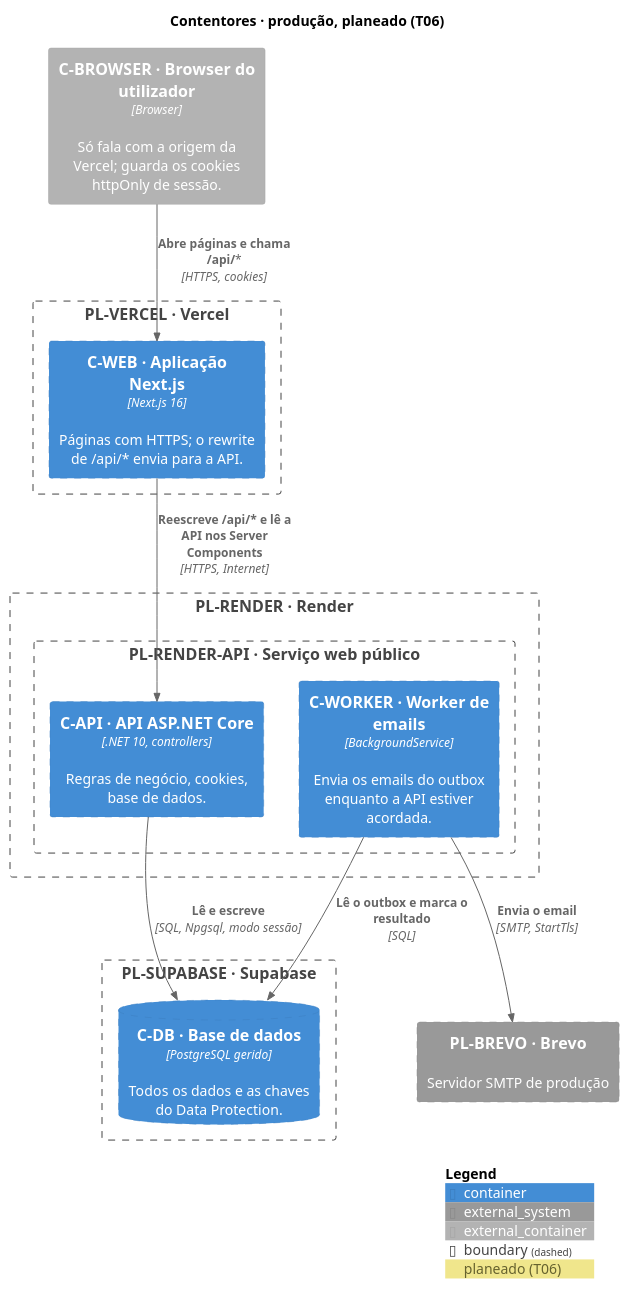
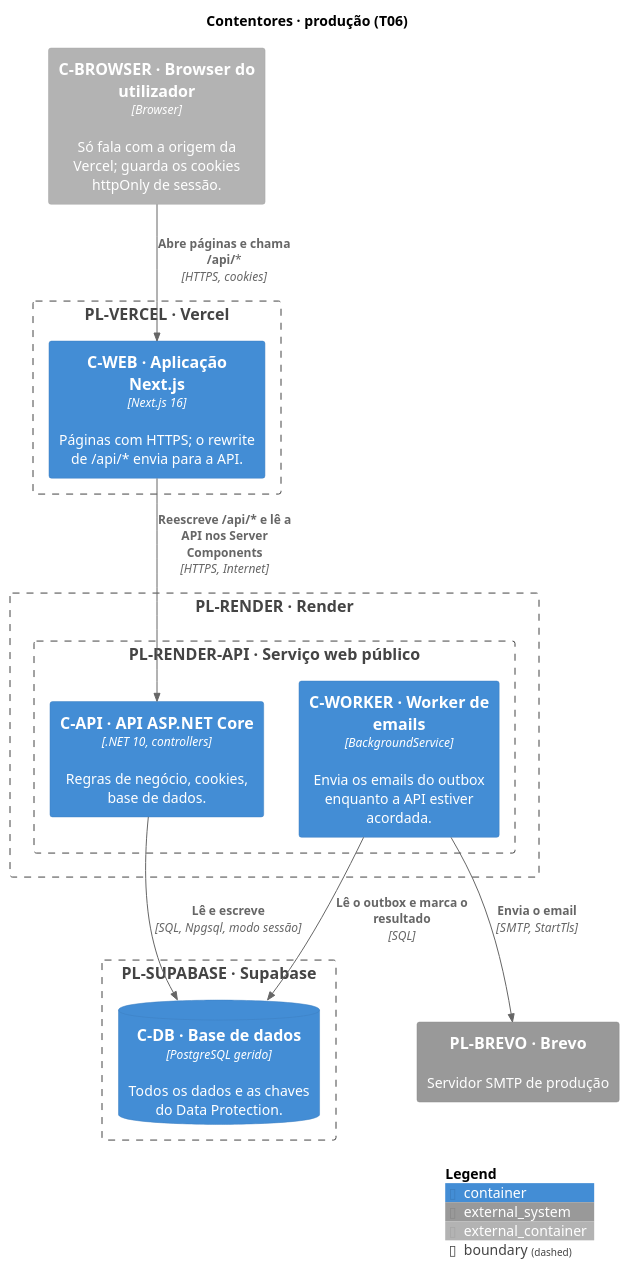
Before and after one commit to rodrigo4sousa/SportsEstablishments: the diagram in docs/architecture/diagrams/02-containers-prod.puml, drawn with PlantUML. The commit also changed 19 other files, not shown here.

```diff
--- a/docs/architecture/diagrams/02-containers-prod.puml
+++ b/docs/architecture/diagrams/02-containers-prod.puml
@@ -2,36 +2,35 @@
 @startuml 02-containers-prod
 !include <C4/C4_Container>
 
-title Contentores · produção, planeado (T06)
+title Contentores · produção (T06)
 
 LAYOUT_TOP_DOWN()
 HIDE_STEREOTYPE()
-AddElementTag("planeado", $borderStyle=DashedLine(), $legendText="planeado (T06)")
 
 Container_Ext(C_BROWSER, "C-BROWSER · Browser do utilizador", "Browser", "Só fala com a origem da Vercel; guarda os cookies httpOnly de sessão.")
 
-Boundary(PL_VERCEL, "PL-VERCEL · Vercel", "", "planeado") {
-  Container(C_WEB, "C-WEB · Aplicação Next.js", "Next.js 16", "Páginas com HTTPS; o rewrite de /api/* envia para a API.", $tags="planeado")
+Boundary(PL_VERCEL, "PL-VERCEL · Vercel") {
+  Container(C_WEB, "C-WEB · Aplicação Next.js", "Next.js 16", "Páginas com HTTPS; o rewrite de /api/* envia para a API.")
 }
 
-Boundary(PL_RENDER, "PL-RENDER · Render", "", "planeado") {
-  Boundary(PL_RENDER_API, "PL-RENDER-API · Serviço web público", "", "planeado") {
-    Container(C_API, "C-API · API ASP.NET Core", ".NET 10, controllers", "Regras de negócio, cookies, base de dados.", $tags="planeado")
-    Container(C_WORKER, "C-WORKER · Worker de emails", "BackgroundService", "Envia os emails do outbox enquanto a API estiver acordada.", $tags="planeado")
+Boundary(PL_RENDER, "PL-RENDER · Render") {
+  Boundary(PL_RENDER_API, "PL-RENDER-API · Serviço web público") {
+    Container(C_API, "C-API · API ASP.NET Core", ".NET 10, controllers", "Regras de negócio, cookies, base de dados.")
+    Container(C_WORKER, "C-WORKER · Worker de emails", "BackgroundService", "Envia os emails do outbox enquanto a API estiver acordada.")
   }
 }
 
-Boundary(PL_SUPABASE, "PL-SUPABASE · Supabase", "", "planeado") {
-  ContainerDb(C_DB, "C-DB · Base de dados", "PostgreSQL gerido", "Todos os dados e as chaves do Data Protection.", $tags="planeado")
+Boundary(PL_SUPABASE, "PL-SUPABASE · Supabase") {
+  ContainerDb(C_DB, "C-DB · Base de dados", "PostgreSQL gerido", "Todos os dados e as chaves do Data Protection.")
 }
 
-System_Ext(PL_BREVO, "PL-BREVO · Brevo", "Servidor SMTP de produção", $tags="planeado")
+System_Ext(PL_BREVO, "PL-BREVO · Brevo", "Servidor SMTP de produção")
 
 Rel(C_BROWSER, C_WEB, "Abre páginas e chama /api/*", "HTTPS, cookies")
 Rel(C_WEB, C_API, "Reescreve /api/* e lê a API nos Server Components", "HTTPS, Internet")
 Rel(C_API, C_DB, "Lê e escreve", "SQL, Npgsql, modo sessão")
 Rel(C_WORKER, C_DB, "Lê o outbox e marca o resultado", "SQL")
 Rel(C_WORKER, PL_BREVO, "Envia o email", "SMTP, StartTls")
 
 SHOW_LEGEND()
 @enduml
```
